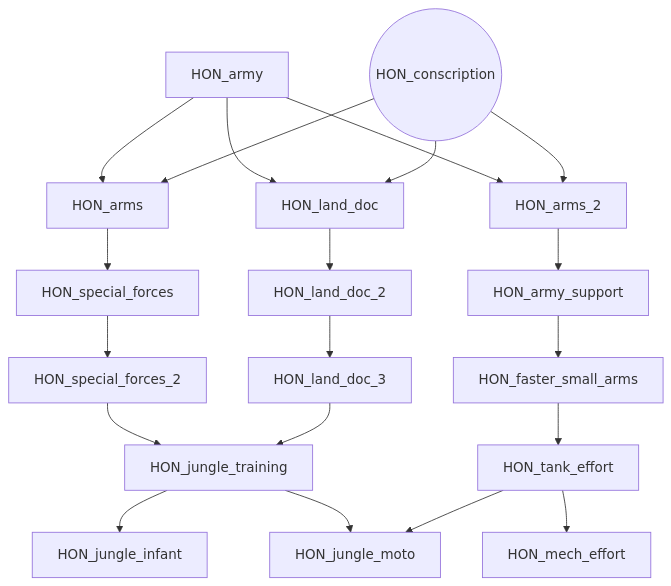
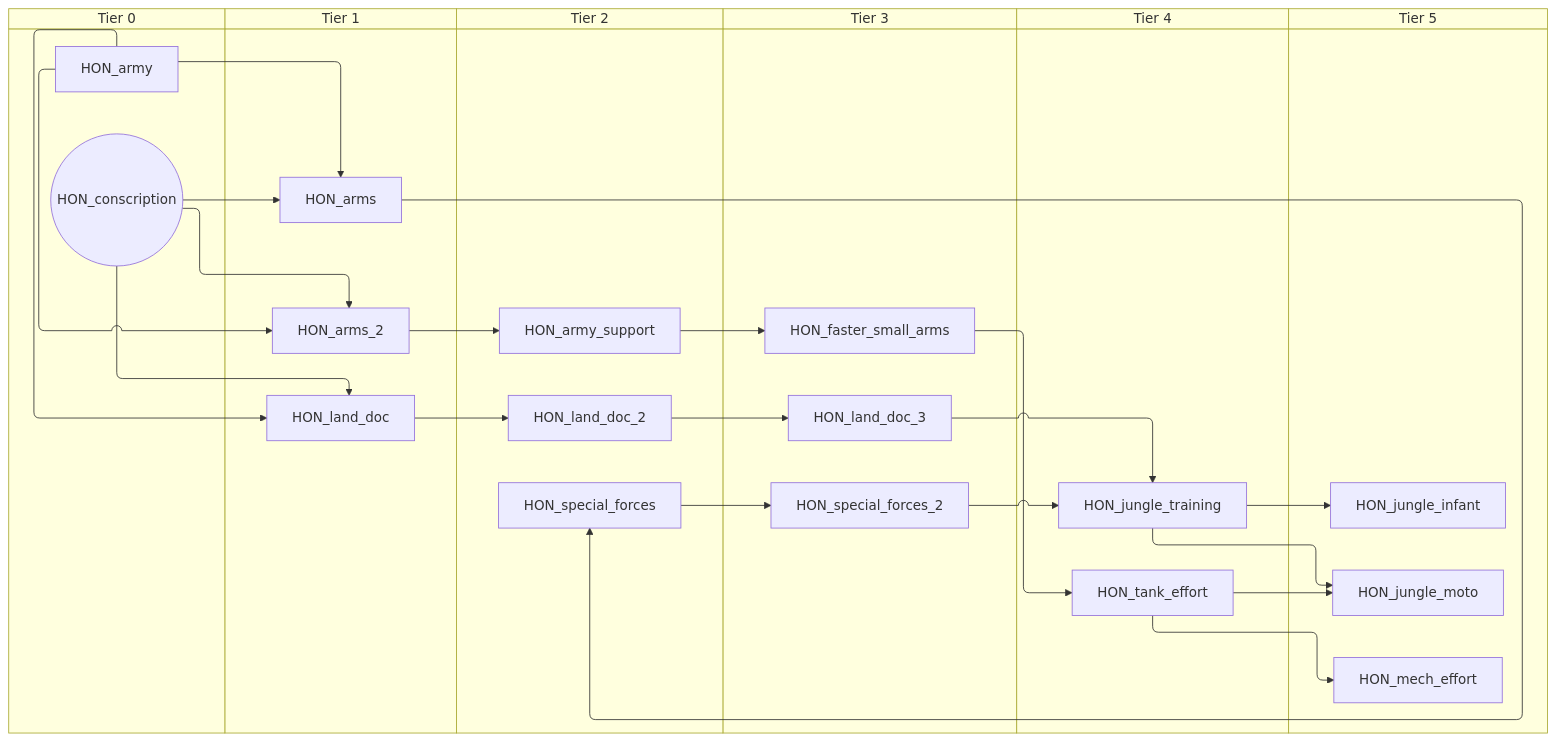
Before and after one commit to evgeny-sobol/hoi4-sandbox-mode-r56: the third of 6 diagrams in docs/gdd/National Focuses/honduras.md, drawn with Mermaid. The commit also changed other lines of this file and 423 other files, not shown here.

First line of the commit message:
Re-export Rt56 focus trees as swimlane diagrams

````diff
--- a/docs/gdd/National Focuses/honduras.md
+++ b/docs/gdd/National Focuses/honduras.md
@@ -64,38 +88,50 @@
 ```mermaid
-flowchart TD
-    n8["HON_arms"]
-    n9["HON_arms_2"]
-    n10["HON_army"]
-    n11["HON_army_support"]
-    n12(("HON_conscription"))
-    n13["HON_faster_small_arms"]
-    n14["HON_jungle_infant"]
-    n15["HON_jungle_moto"]
-    n16["HON_jungle_training"]
-    n17["HON_land_doc"]
-    n18["HON_land_doc_2"]
-    n19["HON_land_doc_3"]
-    n20["HON_mech_effort"]
-    n21["HON_special_forces"]
-    n22["HON_special_forces_2"]
-    n23["HON_tank_effort"]
-    n10 --> n8
-    n12 --> n8
-    n10 --> n9
-    n12 --> n9
+swimlane-beta TD
+    subgraph tier_0["Tier 0"]
+        n8["HON_army"]
+        n9(("HON_conscription"))
+    end
+    subgraph tier_1["Tier 1"]
+        n10["HON_arms"]
+        n11["HON_arms_2"]
+        n12["HON_land_doc"]
+    end
+    subgraph tier_2["Tier 2"]
+        n13["HON_army_support"]
+        n14["HON_land_doc_2"]
+        n15["HON_special_forces"]
+    end
+    subgraph tier_3["Tier 3"]
+        n16["HON_faster_small_arms"]
+        n17["HON_land_doc_3"]
+        n18["HON_special_forces_2"]
+    end
+    subgraph tier_4["Tier 4"]
+        n19["HON_jungle_training"]
+        n20["HON_tank_effort"]
+    end
+    subgraph tier_5["Tier 5"]
+        n21["HON_jungle_infant"]
+        n22["HON_jungle_moto"]
+        n23["HON_mech_effort"]
+    end
+    n8 --> n10
+    n9 --> n10
+    n8 --> n11
     n9 --> n11
     n11 --> n13
-    n16 --> n14
-    n16 --> n15
-    n23 --> n15
-    n22 --> n16
-    n19 --> n16
-    n10 --> n17
-    n12 --> n17
-    n17 --> n18
+    n13 --> n16
+    n19 --> n21
+    n19 --> n22
+    n20 --> n22
     n18 --> n19
-    n23 --> n20
-    n8 --> n21
-    n21 --> n22
-    n13 --> n23
+    n17 --> n19
+    n8 --> n12
+    n9 --> n12
+    n12 --> n14
+    n14 --> n17
+    n20 --> n23
+    n10 --> n15
+    n15 --> n18
+    n16 --> n20
 ```
````
